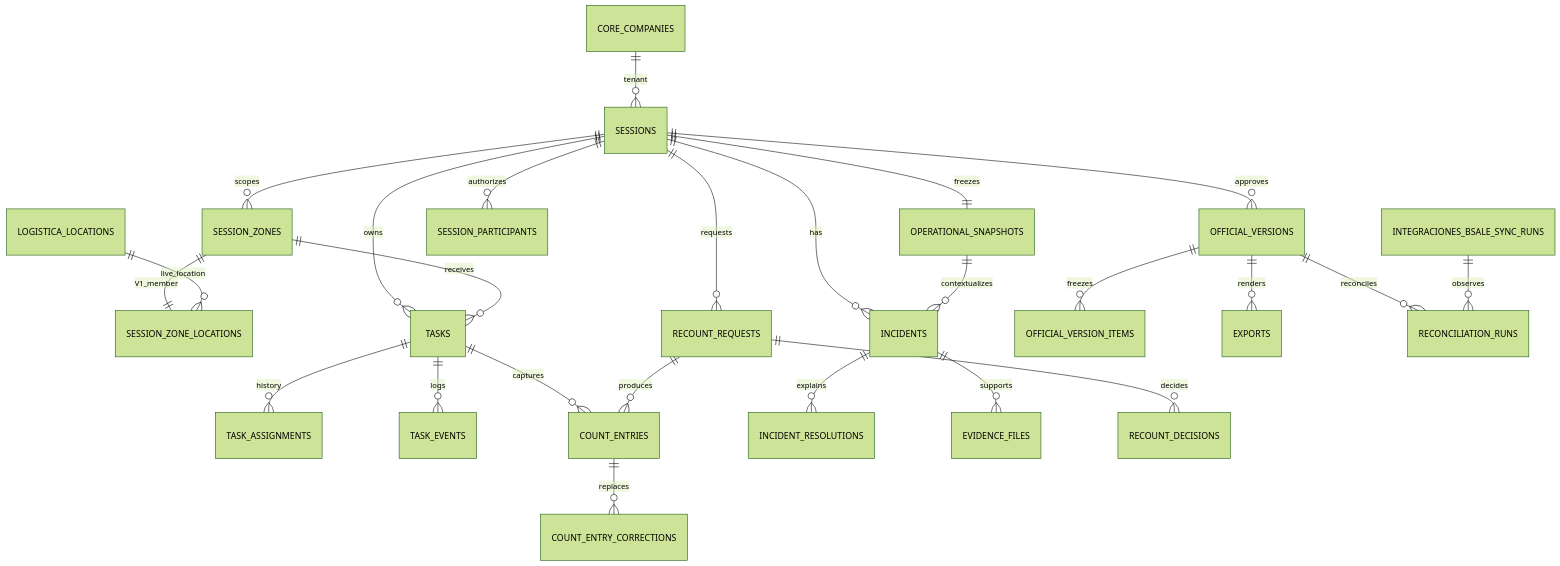
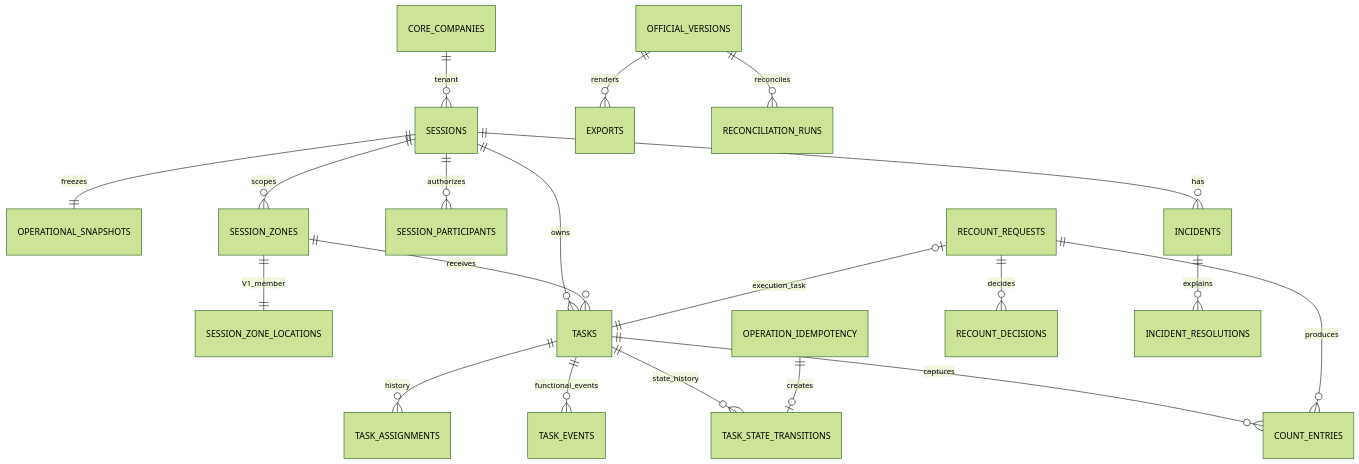
One commit to CarlosATO/mym changed the diagram in docs/inventarios/MODELO_DATOS_FISICO.md. Above: the diagram before and after it, drawn with Mermaid (forest theme). The commit also changed other lines of this file and 3 other files, not shown here.

````diff
--- a/docs/inventarios/MODELO_DATOS_FISICO.md
+++ b/docs/inventarios/MODELO_DATOS_FISICO.md
@@ -355,27 +254,22 @@
 ```mermaid
 erDiagram
     CORE_COMPANIES ||--o{ SESSIONS : tenant
     SESSIONS ||--|| OPERATIONAL_SNAPSHOTS : freezes
     SESSIONS ||--o{ SESSION_ZONES : scopes
     SESSION_ZONES ||--|| SESSION_ZONE_LOCATIONS : V1_member
-    LOGISTICA_LOCATIONS ||--o{ SESSION_ZONE_LOCATIONS : live_location
     SESSIONS ||--o{ SESSION_PARTICIPANTS : authorizes
     SESSIONS ||--o{ TASKS : owns
     SESSION_ZONES ||--o{ TASKS : receives
     TASKS ||--o{ TASK_ASSIGNMENTS : history
-    TASKS ||--o{ TASK_EVENTS : logs
+    TASKS ||--o{ TASK_EVENTS : functional_events
+    TASKS ||--o{ TASK_STATE_TRANSITIONS : state_history
+    OPERATION_IDEMPOTENCY ||--o| TASK_STATE_TRANSITIONS : creates
     TASKS ||--o{ COUNT_ENTRIES : captures
-    COUNT_ENTRIES ||--o{ COUNT_ENTRY_CORRECTIONS : replaces
+    RECOUNT_REQUESTS o|--|| TASKS : execution_task
     RECOUNT_REQUESTS ||--o{ COUNT_ENTRIES : produces
+    RECOUNT_REQUESTS ||--o{ RECOUNT_DECISIONS : decides
     SESSIONS ||--o{ INCIDENTS : has
-    OPERATIONAL_SNAPSHOTS ||--o{ INCIDENTS : contextualizes
     INCIDENTS ||--o{ INCIDENT_RESOLUTIONS : explains
-    INCIDENTS ||--o{ EVIDENCE_FILES : supports
-    SESSIONS ||--o{ RECOUNT_REQUESTS : requests
-    RECOUNT_REQUESTS ||--o{ RECOUNT_DECISIONS : decides
-    SESSIONS ||--o{ OFFICIAL_VERSIONS : approves
-    OFFICIAL_VERSIONS ||--o{ OFFICIAL_VERSION_ITEMS : freezes
     OFFICIAL_VERSIONS ||--o{ EXPORTS : renders
     OFFICIAL_VERSIONS ||--o{ RECONCILIATION_RUNS : reconciles
-    INTEGRACIONES_BSALE_SYNC_RUNS ||--o{ RECONCILIATION_RUNS : observes
 ```
````
